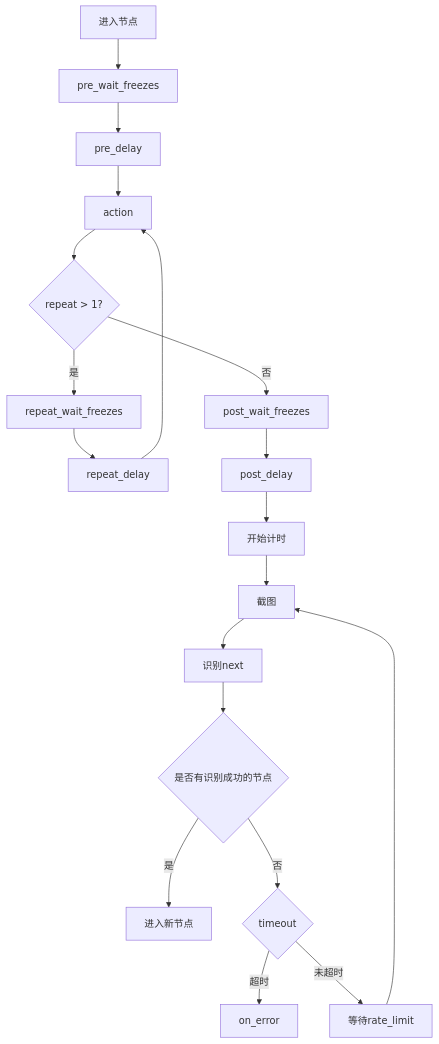
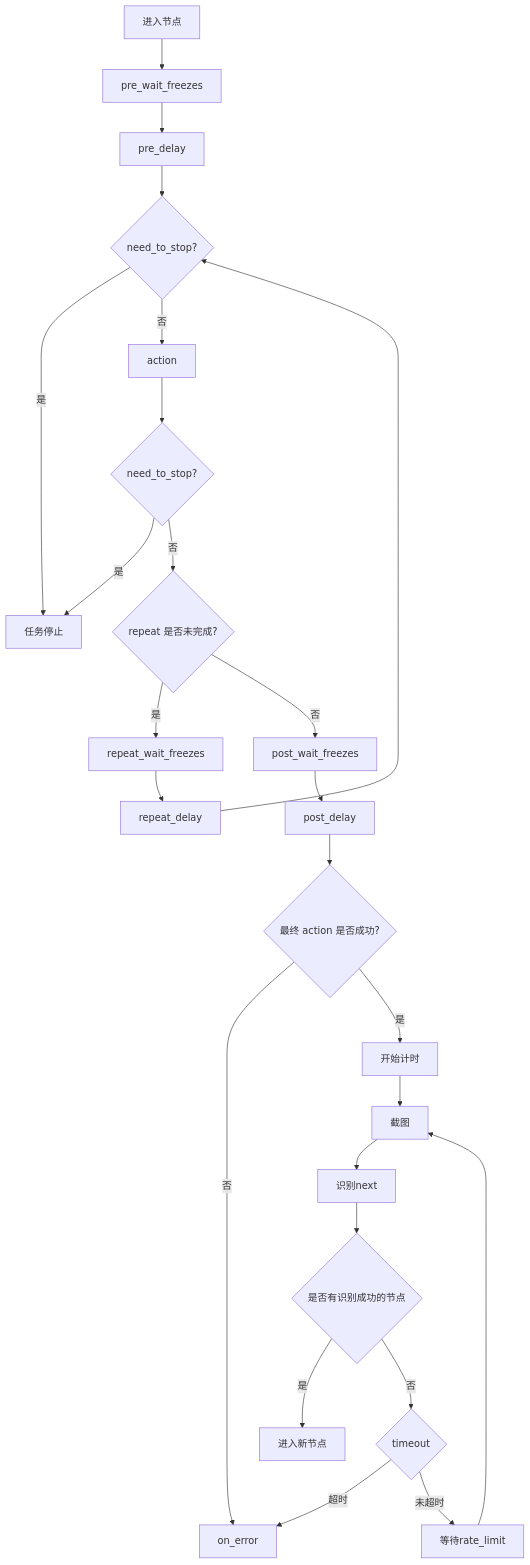
The fourth of 5 diagrams in docs/zh_cn/3.1-任务流水线协议.md (MaaXYZ/MaaFramework), drawn with Mermaid before and after one commit. The commit also changed other lines of this file, not shown here.

````diff
--- a/docs/zh_cn/3.1-任务流水线协议.md
+++ b/docs/zh_cn/3.1-任务流水线协议.md
@@ -268,21 +306,27 @@
 ```mermaid
     graph TB
         A[进入节点] --> B[pre_wait_freezes]
         B --> C[pre_delay]
-        C --> D[action]
-        D --> M{repeat > 1?}
+        C --> S0{need_to_stop?}
+        S0 -->|是| T[任务停止]
+        S0 -->|否| D[action]
+        D --> S{need_to_stop?}
+        S -->|是| T
+        S -->|否| M{repeat 是否未完成?}
         M -->|是| N[repeat_wait_freezes]
         N --> O[repeat_delay]
-        O --> D
+        O --> S0
         M -->|否| E[post_wait_freezes]
         E --> F[post_delay]
-        F --> Q[开始计时]
+        F --> R{最终 action 是否成功?}
+        R -->|否| K[on_error]
+        R -->|是| Q[开始计时]
         Q --> P[截图]
         P --> G[识别next]
         G --> H{是否有识别成功的节点}
         H -->|是| I[进入新节点]
         H -->|否| J{timeout}
         J -->|超时| K[on_error]
         J -->|未超时| L[等待rate_limit]
         L --> P
 ```
````
